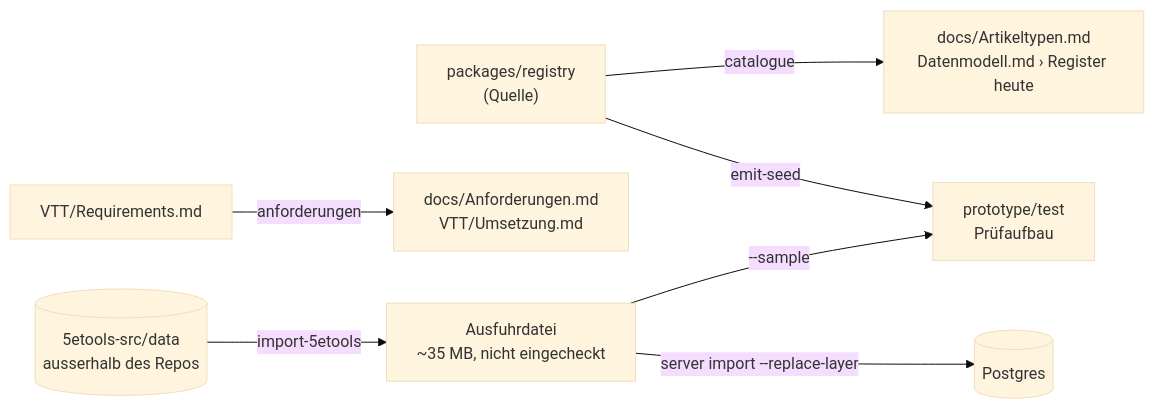
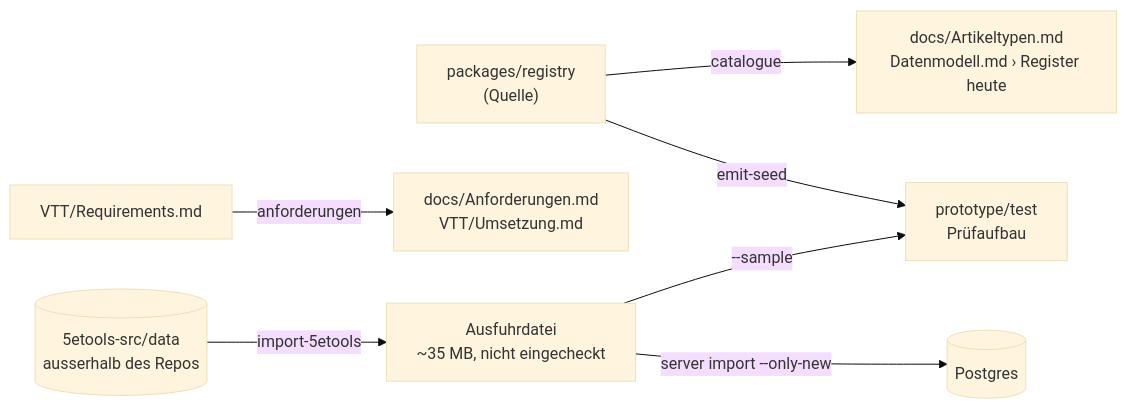
Before and after one commit to Mrfudog/Atlas-Mentis: the eighth of 8 diagrams in docs/Architektur.md, drawn with Mermaid (base theme). The commit also changed other lines of this file and 6 other files, not shown here.

````diff
--- a/docs/Architektur.md
+++ b/docs/Architektur.md
@@ -436,9 +436,9 @@
 ```mermaid
 flowchart LR
   reg["packages/registry<br/>(Quelle)"] -- emit-seed --> seed[prototype/test<br/>Prüfaufbau]
   reg -- catalogue --> docs1[docs/Artikeltypen.md<br/>Datenmodell.md › Register heute]
   vault[VTT/Requirements.md] -- anforderungen --> docs2[docs/Anforderungen.md<br/>VTT/Umsetzung.md]
   ft[(5etools-src/data<br/>ausserhalb des Repos)] -- import-5etools --> datei[Ausfuhrdatei<br/>~35 MB, nicht eingecheckt]
-  datei -->|"server import --replace-layer"| pg[(Postgres)]
+  datei -->|"server import --only-new"| pg[(Postgres)]
   datei -->|"--sample"| seed
 ```
````
